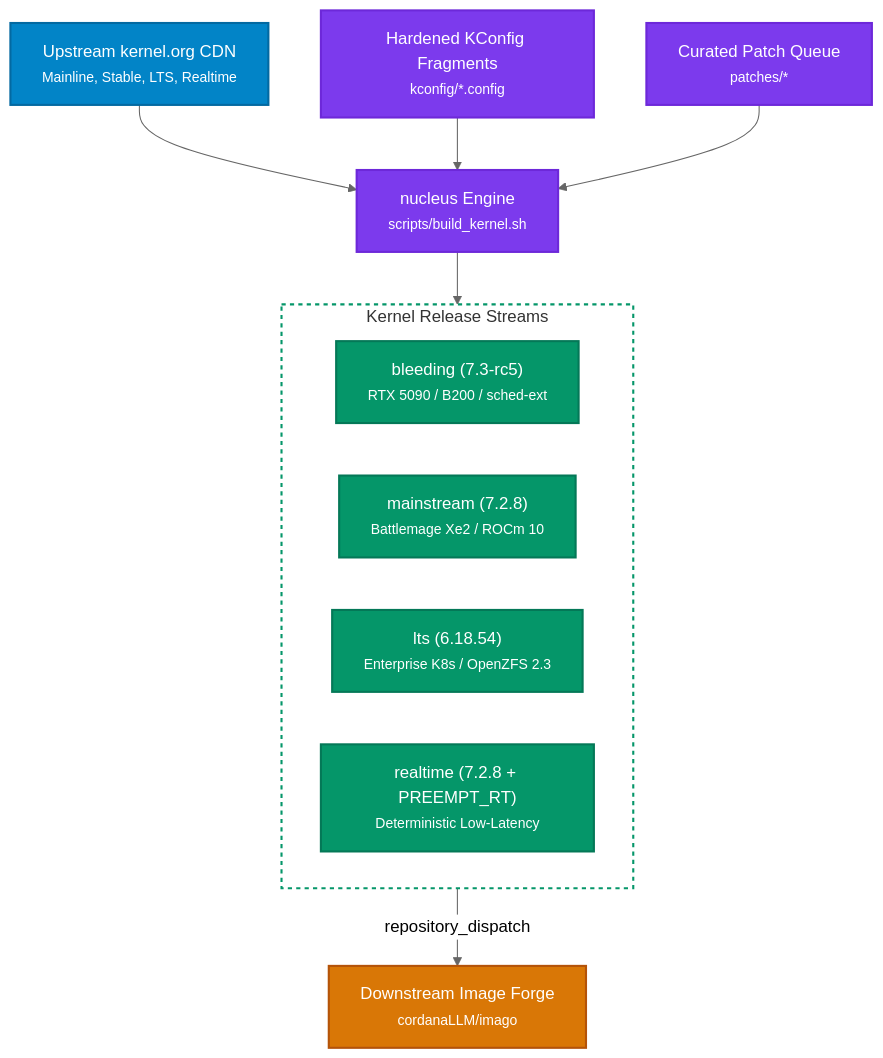
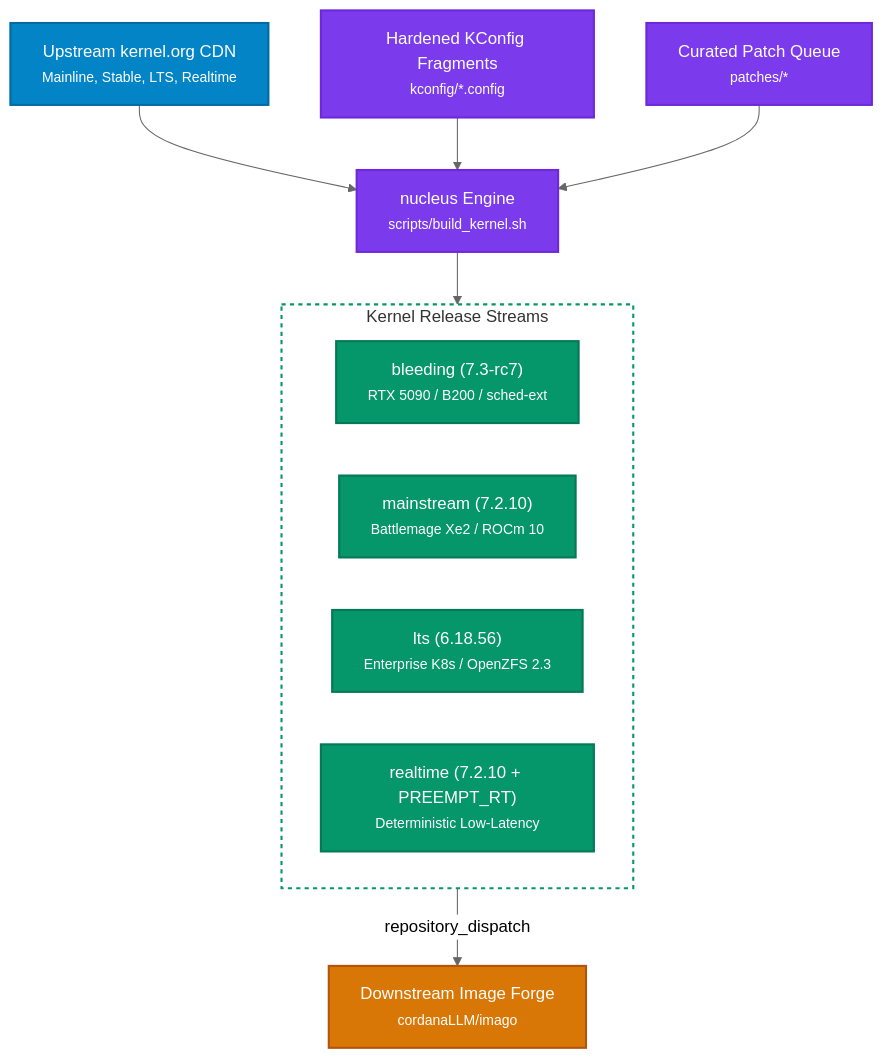
One commit to cordanaLLM/nucleus changed the diagram in README.md. Above: the diagram before and after it, drawn with Mermaid (neutral theme). The commit also changed other lines of this file and 19 other files, not shown here.

````diff
--- a/README.md
+++ b/README.md
@@ -19,29 +19,29 @@
 ```mermaid
 flowchart TD
     classDef upstream fill:#0284c7,stroke:#0369a1,stroke-width:2px,color:#ffffff
     classDef engine fill:#7c3aed,stroke:#6d28d9,stroke-width:2px,color:#ffffff
     classDef stream fill:#059669,stroke:#047857,stroke-width:2px,color:#ffffff
     classDef dest fill:#d97706,stroke:#b45309,stroke-width:2px,color:#ffffff
 
     Upstream["Upstream kernel.org CDN<br/><small>Mainline, Stable, LTS, Realtime</small>"]:::upstream
     Forge["nucleus Engine<br/><small>scripts/build_kernel.sh</small>"]:::engine
     KConfig["Hardened KConfig Fragments<br/><small>kconfig/*.config</small>"]:::engine
     Patches["Curated Patch Queue<br/><small>patches/*</small>"]:::engine
 
     subgraph Streams["Kernel Release Streams"]
-        Bleeding["bleeding (7.3-rc5)<br/><small>RTX 5090 / B200 / sched-ext</small>"]:::stream
-        Mainstream["mainstream (7.2.8)<br/><small>Battlemage Xe2 / ROCm 10</small>"]:::stream
-        LTS["lts (6.18.54)<br/><small>Enterprise K8s / OpenZFS 2.3</small>"]:::stream
-        RT["realtime (7.2.8 + PREEMPT_RT)<br/><small>Deterministic Low-Latency</small>"]:::stream
+        Bleeding["bleeding (7.3-rc7)<br/><small>RTX 5090 / B200 / sched-ext</small>"]:::stream
+        Mainstream["mainstream (7.2.10)<br/><small>Battlemage Xe2 / ROCm 10</small>"]:::stream
+        LTS["lts (6.18.56)<br/><small>Enterprise K8s / OpenZFS 2.3</small>"]:::stream
+        RT["realtime (7.2.10 + PREEMPT_RT)<br/><small>Deterministic Low-Latency</small>"]:::stream
     end
 
     Downstream["Downstream Image Forge<br/><small>cordanaLLM/imago</small>"]:::dest
 
     Upstream --> Forge
     KConfig --> Forge
     Patches --> Forge
     Forge --> Streams
     Streams -->|"repository_dispatch"| Downstream
 
     style Streams fill:none,stroke:#059669,stroke-width:2px,stroke-dasharray: 4 4
 ```
````
